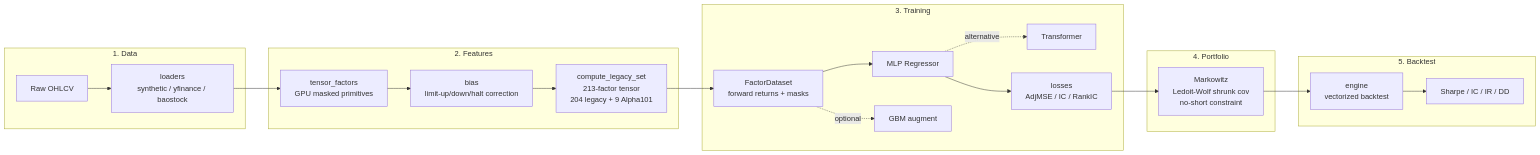
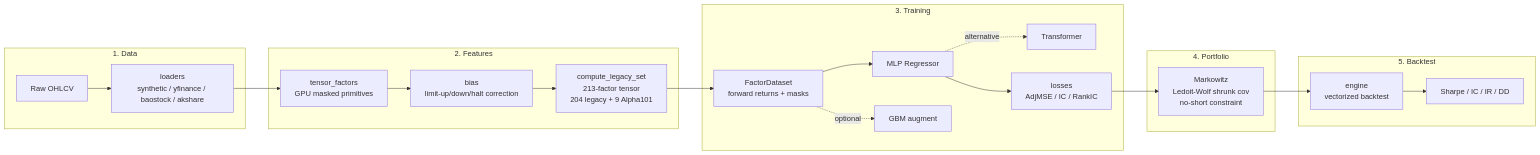
The diagram in README.md (initial-d/ml-quant-trading), drawn with Mermaid before and after one commit. The commit also changed other lines of this file and 2 other files, not shown here.

````diff
--- a/README.md
+++ b/README.md
@@ -307,25 +325,25 @@
 ```mermaid
 flowchart LR
     subgraph Data["1. Data"]
-        A[Raw OHLCV] --> B[loaders<br/>synthetic / yfinance / baostock]
+        A[Raw OHLCV] --> B[loaders<br/>synthetic / yfinance / baostock / akshare]
     end
     subgraph Features["2. Features"]
         B --> C[tensor_factors<br/>GPU masked primitives]
         C --> D[bias<br/>limit-up/down/halt correction]
         D --> E[compute_legacy_set<br/>213-factor tensor<br/>204 legacy + 9 Alpha101]
     end
     subgraph Training["3. Training"]
         E --> F[FactorDataset<br/>forward returns + masks]
         F --> G[MLP Regressor]
         F -.->|optional| GBM[GBM augment]
         G -.->|alternative| T[Transformer]
         G --> H[losses<br/>AdjMSE / IC / RankIC]
     end
     subgraph Portfolio["4. Portfolio"]
         H --> I[Markowitz<br/>Ledoit-Wolf shrunk cov<br/>no-short constraint]
     end
     subgraph Backtest["5. Backtest"]
         I --> J[engine<br/>vectorized backtest]
         J --> K[Sharpe / IC / IR / DD]
     end
 ```
````
